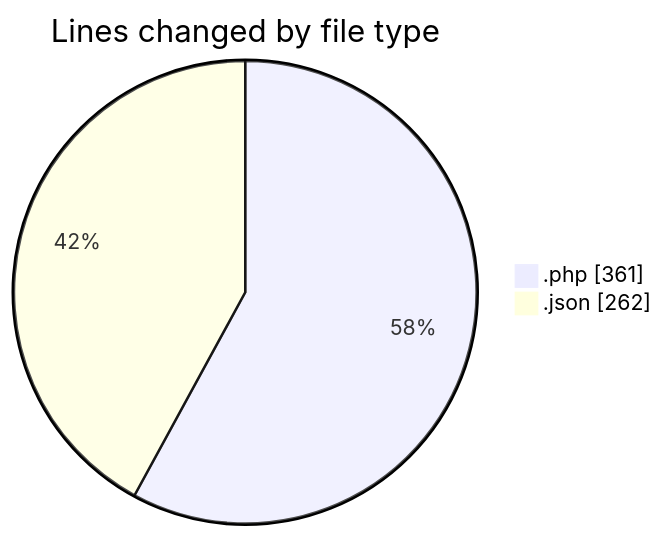
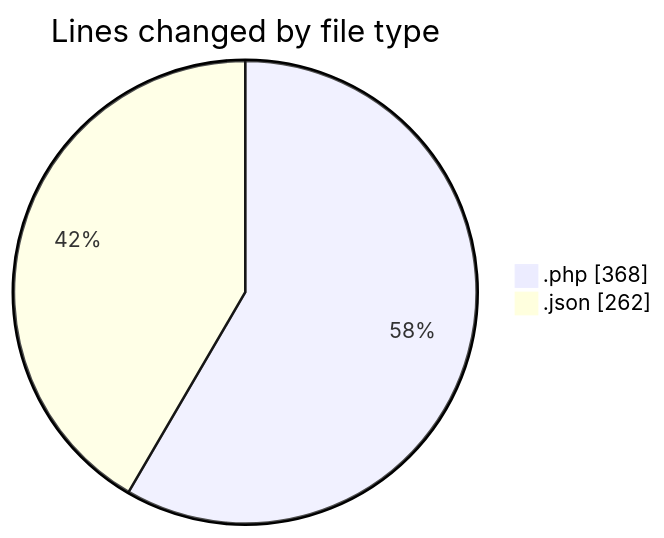
Before and after one commit to idhammustaqopulfikri/code-tracking: the first of 2 diagrams in 2025-11-01/futsal_rekomendasi/README.md, drawn with Mermaid. The commit also changed other lines of this file and 1 other file, not shown here.

````diff
--- a/2025-11-01/futsal_rekomendasi/README.md
+++ b/2025-11-01/futsal_rekomendasi/README.md
@@ -29,6 +29,6 @@
 ```mermaid
 pie showData
 title Lines changed by file type
-".php" : 361
+".php" : 368
 ".json" : 262
 ```
````
